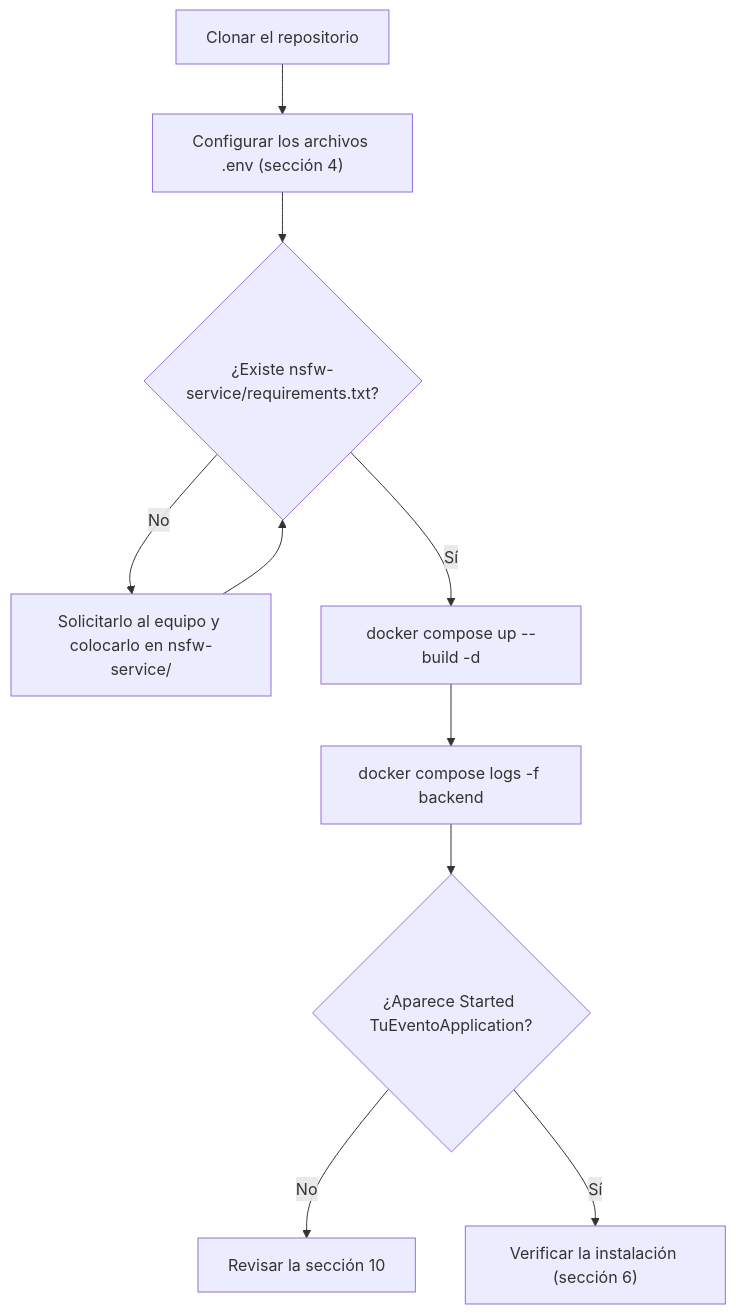
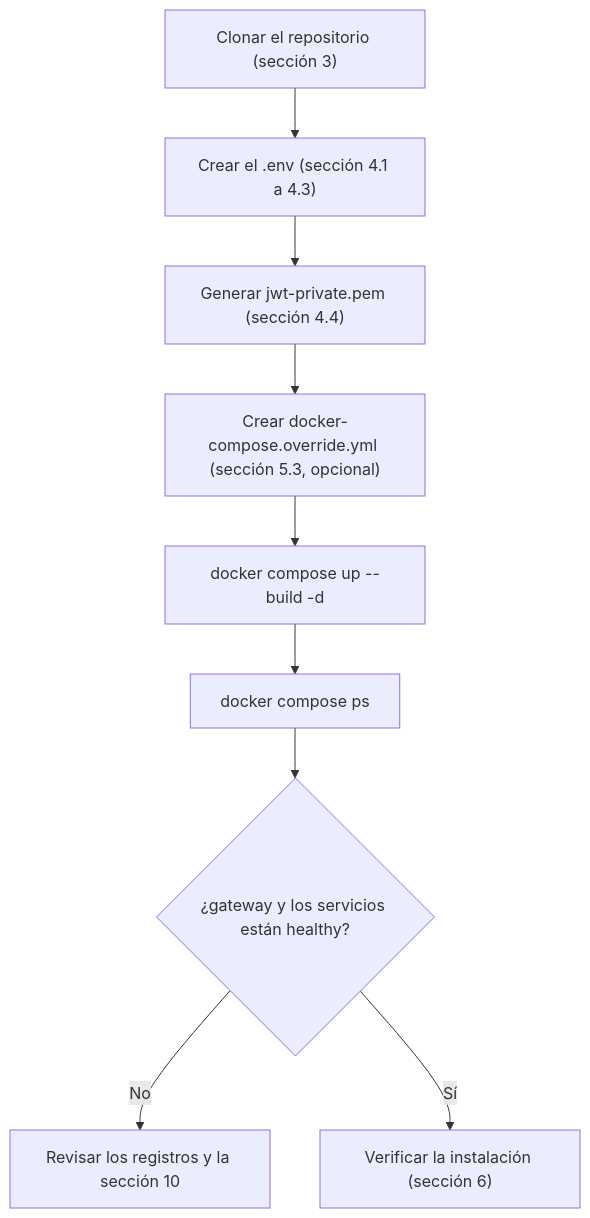
Before and after one commit to TheJhampierBoy/TuEvento-Docs: the third of 6 diagrams in es/11_Manual_Instalacion.md, drawn with Mermaid. The commit also changed other lines of this file and 1 other file, not shown here.

First line of the commit message:
docs: update installation manual to v1.2.0 (gateway and microservices)

````diff
--- a/es/11_Manual_Instalacion.md
+++ b/es/11_Manual_Instalacion.md
@@ -274,12 +336,11 @@
 ```mermaid
 flowchart TD
-    A["Clonar el repositorio"] --> B["Configurar los archivos .env (sección 4)"]
-    B --> C{"¿Existe nsfw-service/requirements.txt?"}
-    C -->|"No"| D["Solicitarlo al equipo y colocarlo en nsfw-service/"]
-    D --> C
-    C -->|"Sí"| E["docker compose up --build -d"]
-    E --> F["docker compose logs -f backend"]
-    F --> G{"¿Aparece Started TuEventoApplication?"}
-    G -->|"No"| H["Revisar la sección 10"]
+    A["Clonar el repositorio (sección 3)"] --> B["Crear el .env (sección 4.1 a 4.3)"]
+    B --> C["Generar jwt-private.pem (sección 4.4)"]
+    C --> D["Crear docker-compose.override.yml (sección 5.3, opcional)"]
+    D --> E["docker compose up --build -d"]
+    E --> F["docker compose ps"]
+    F --> G{"¿gateway y los servicios están healthy?"}
+    G -->|"No"| H["Revisar los registros y la sección 10"]
     G -->|"Sí"| I["Verificar la instalación (sección 6)"]
 ```
````
